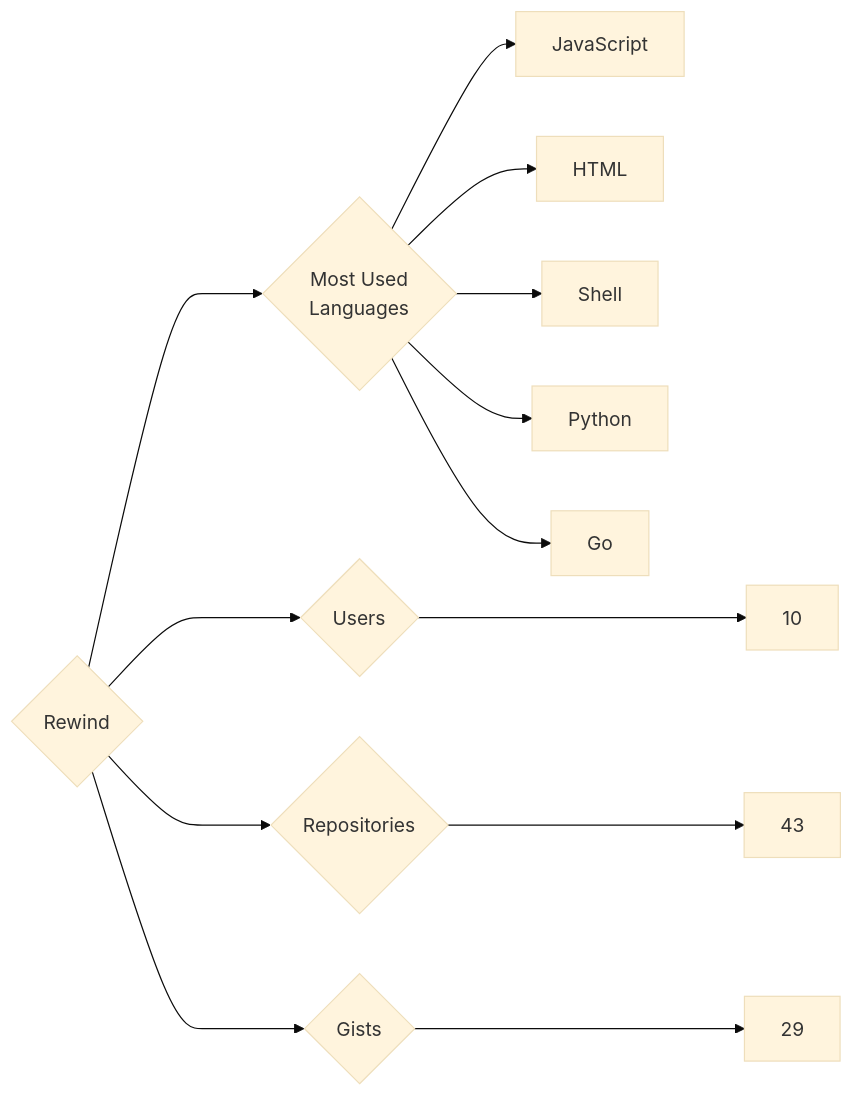
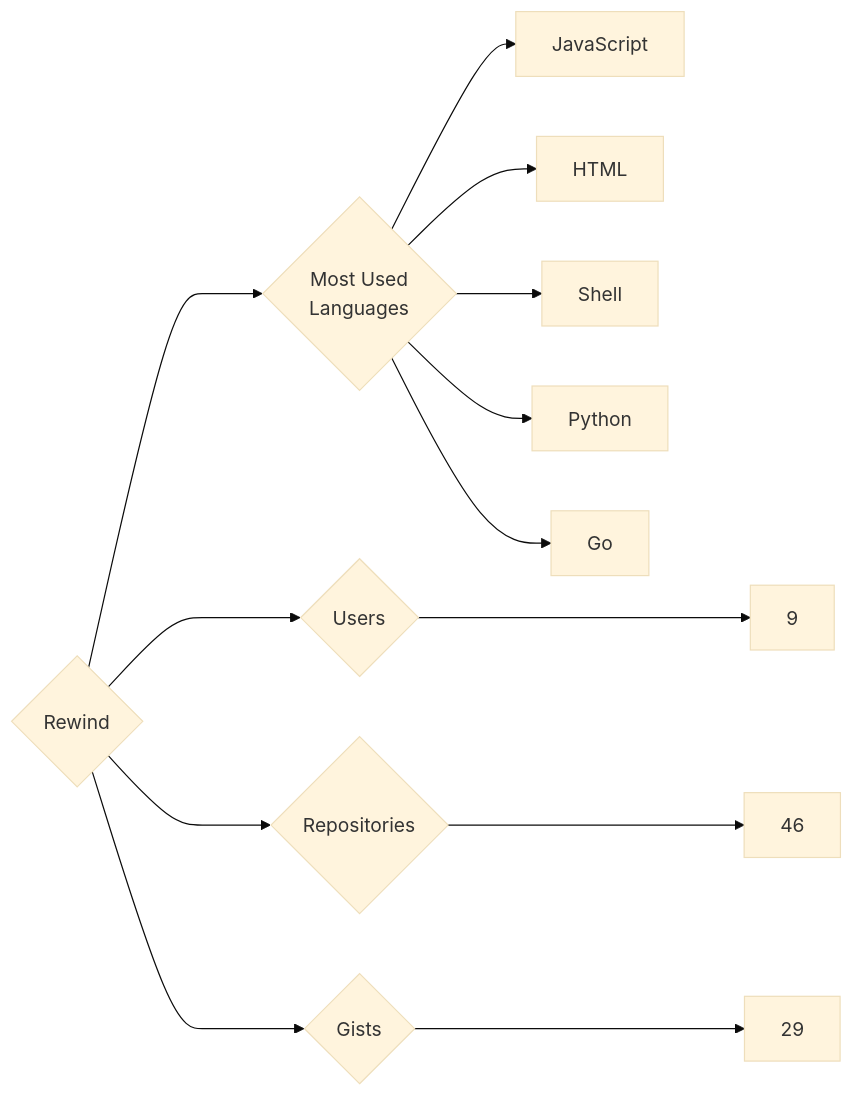
The diagram in targets/Rewind/README.md (trickest/insiders), drawn with Mermaid (base theme) before and after one commit. The commit also changed 681 other files, not shown here.

````diff
--- a/targets/Rewind/README.md
+++ b/targets/Rewind/README.md
@@ -3,13 +3,13 @@
 ```mermaid
 graph LR
 COMPANY_NAME{Rewind}
-COMPANY_NAME ---> U{Users} ---> UN[10]
-COMPANY_NAME ---> R{Repositories} ---> RN[43]
+COMPANY_NAME ---> U{Users} ---> UN[9]
+COMPANY_NAME ---> R{Repositories} ---> RN[46]
 COMPANY_NAME ---> G{Gists} ---> GN[29]
 COMPANY_NAME ---> ML{Most Used<br>Languages}
 ML --> JavaScript[JavaScript]
 ML --> HTML[HTML]
 ML --> Shell[Shell]
 ML --> Python[Python]
 ML --> Go[Go]
 ```
````
